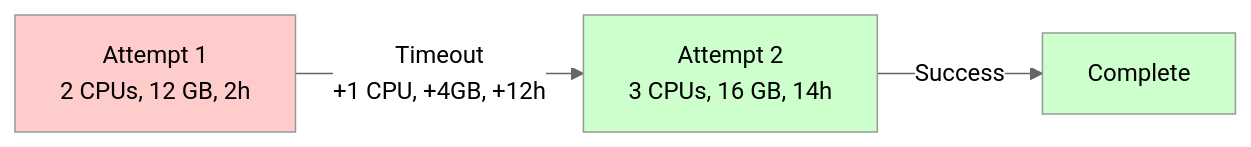
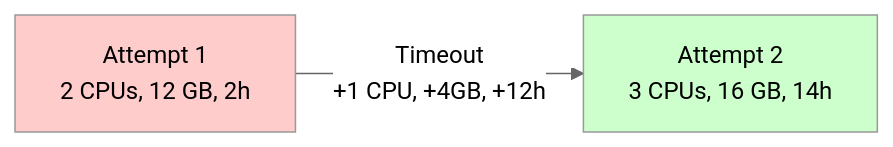
The second of 3 diagrams in docs/iris.md (nf-core/configs), drawn with Mermaid (neutral theme) before and after one commit. The commit also changed other lines of this file, not shown here.

````diff
--- a/docs/iris.md
+++ b/docs/iris.md
@@ -192,8 +190,6 @@
 ```mermaid
 graph LR
     A[Attempt 1<br/>2 CPUs, 12 GB, 2h] -->|Timeout<br/>+1 CPU, +4GB, +12h| B[Attempt 2<br/>3 CPUs, 16 GB, 14h]
-    B -->|Success| C[Complete]
     style A fill:#ffcccc
     style B fill:#ccffcc
-    style C fill:#ccffcc
 ```
````
